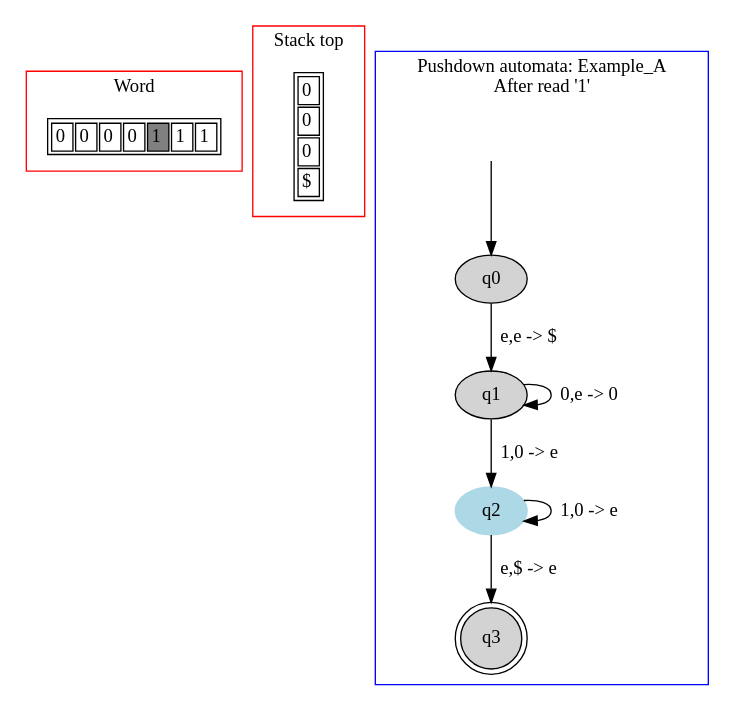
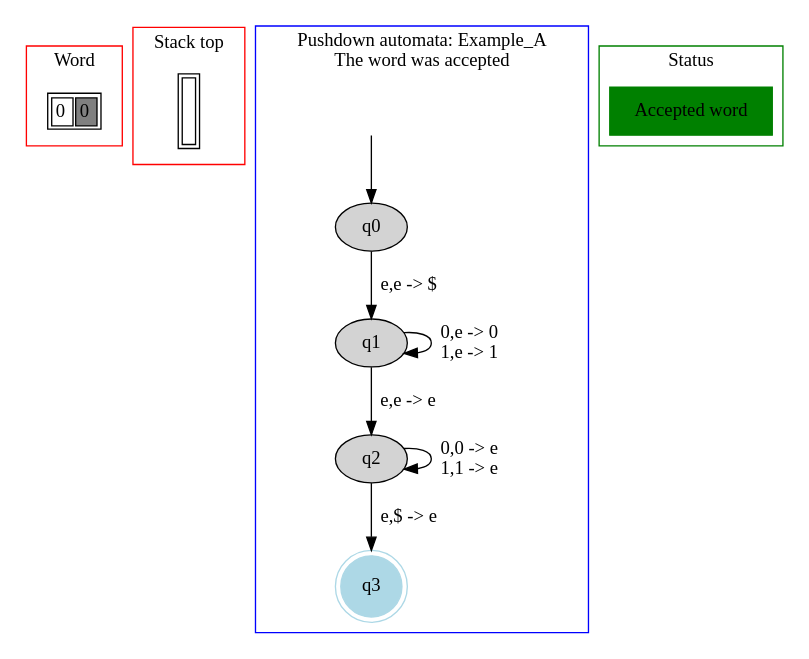
One commit to danielScLima/pushdown_automata changed the diagram in PA/images/file7.dot. Above: the diagram before and after it, drawn with Graphviz. The commit also changed 26 other files, not shown here.

```diff
--- a/PA/images/file7.dot
+++ b/PA/images/file7.dot
@@ -1,60 +1,51 @@
 digraph G {
 	subgraph cluster_0 {
 		node [shape=plaintext];
 
 struct1 [label=<<TABLE>
 <TR>
 <TD><FONT>0</FONT></TD>
-<TD><FONT>0</FONT></TD>
-<TD><FONT>0</FONT></TD>
-<TD><FONT>0</FONT></TD>
-<TD BGCOLOR="gray"><FONT>1</FONT></TD>
-<TD><FONT>1</FONT></TD>
-<TD><FONT>1</FONT></TD>
+<TD BGCOLOR="gray"><FONT>0</FONT></TD>
 </TR>
 </TABLE>>];
 label = "Word";
 color=red;
 }
 	subgraph cluster_2 {
 		node [shape=plaintext];
 
 struct2 [label=<<TABLE>
 <TR>
-<TD>
-0</TD>
-</TR>
-<TR>
-<TD>
-0</TD>
-</TR>
-<TR>
-<TD>
-0</TD>
-</TR>
-<TR>
-<TD>
-$</TD>
+<TD width="10" height="50">
+</TD>
 </TR>
 </TABLE>>];
 label = "Stack top";
 color=red;
 }
 	subgraph cluster_1 {
 		node [style=filled];
 		label = "Pushdown automata: Example_A
-After read '1'"
+The word was accepted"
 		color=blue;
 
 		q0;
 		q1;
-		q2 [color="lightblue"];
-		q3 [shape="doublecircle"];
+		q2;
+		q3 [shape="doublecircle",color="lightblue"];
 		q0->q1[label="e,e -> $"];
-		q1->q1[label="0,e -> 0"];
-		q1->q2[label="1,0 -> e"];
-		q2->q2[label="1,0 -> e"];
+		q1->q1[label="0,e -> 0
+1,e -> 1"];
+		q1->q2[label="e,e -> e"];
+		q2->q2[label="0,0 -> e
+1,1 -> e"];
 		q2->q3[label="e,$ -> e"];
 x [color=white, label=""];		x->q0	}
 
+subgraph cluster_1s {
+node [style=filled, shape=rect];
+cluster_1_n [label="Accepted word", color="green"];
+label = "Status";
+color=green;
 }
+}
```
